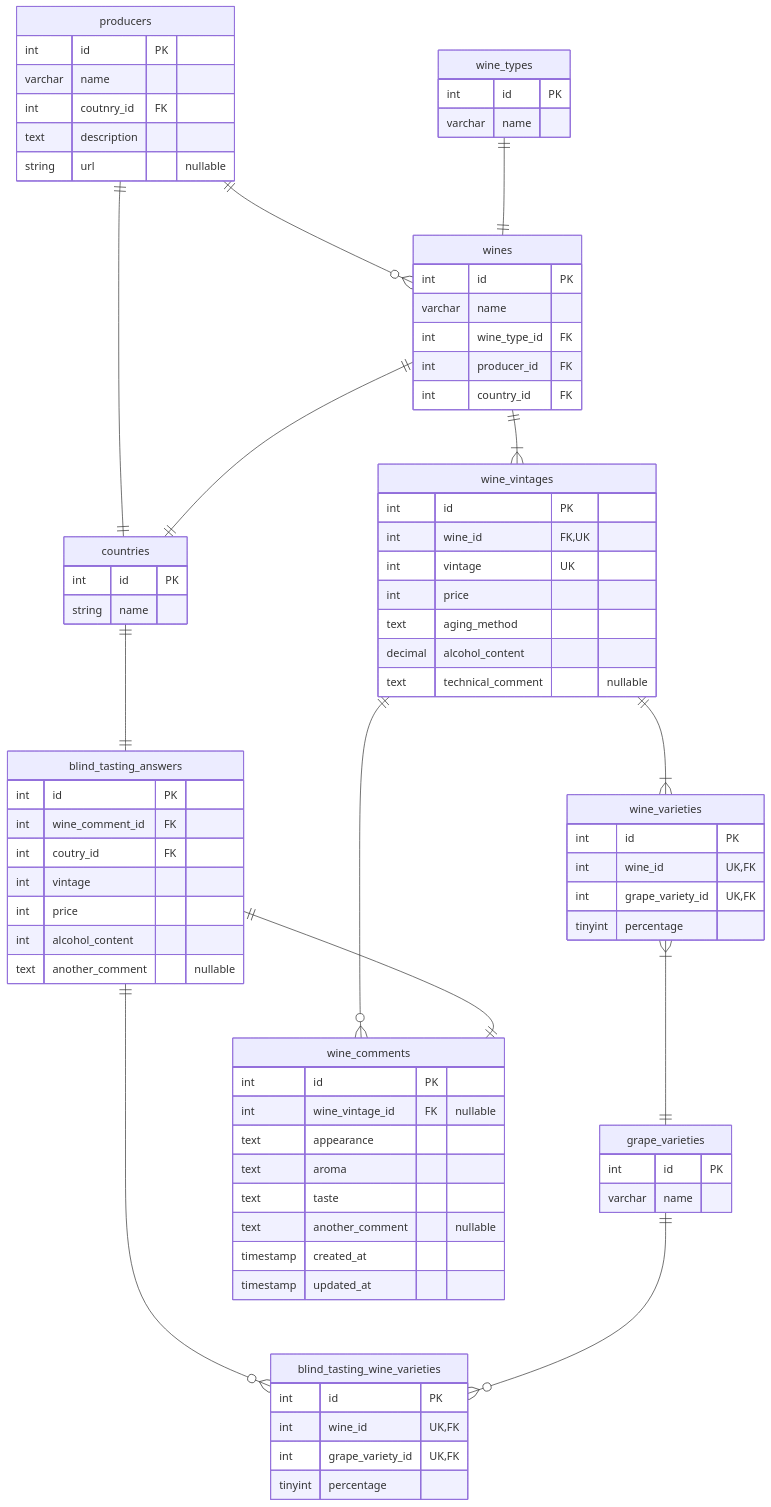
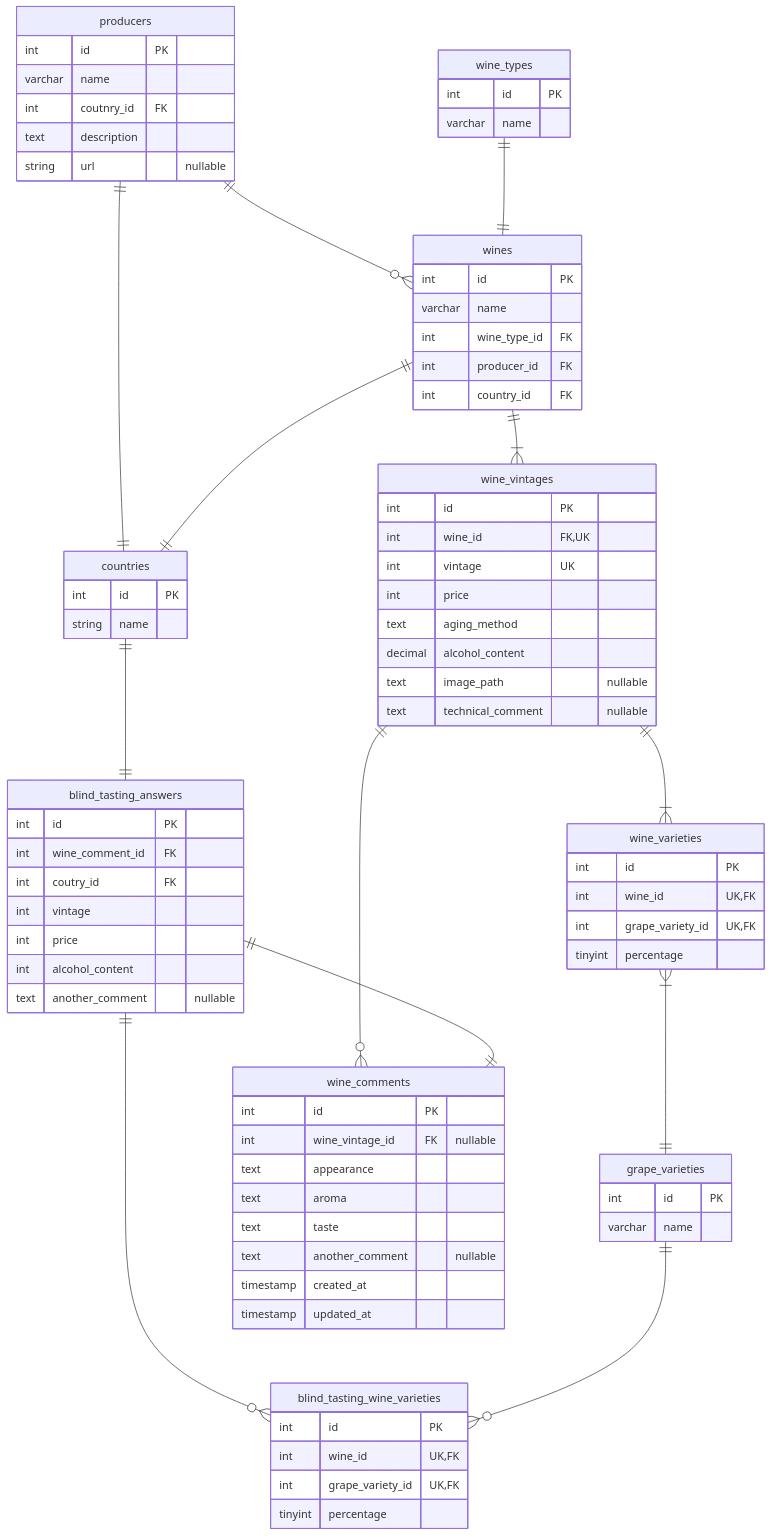
The diagram in api/architecture/er.md (cork03/tastingNote), drawn with Mermaid before and after one commit. The commit also changed 5 other files, not shown here.

```diff
--- a/api/architecture/er.md
+++ b/api/architecture/er.md
@@ -28,6 +28,7 @@
         int price
         text aging_method
         decimal alcohol_content
+        text image_path "nullable"
         text technical_comment "nullable"
     }
     
```
